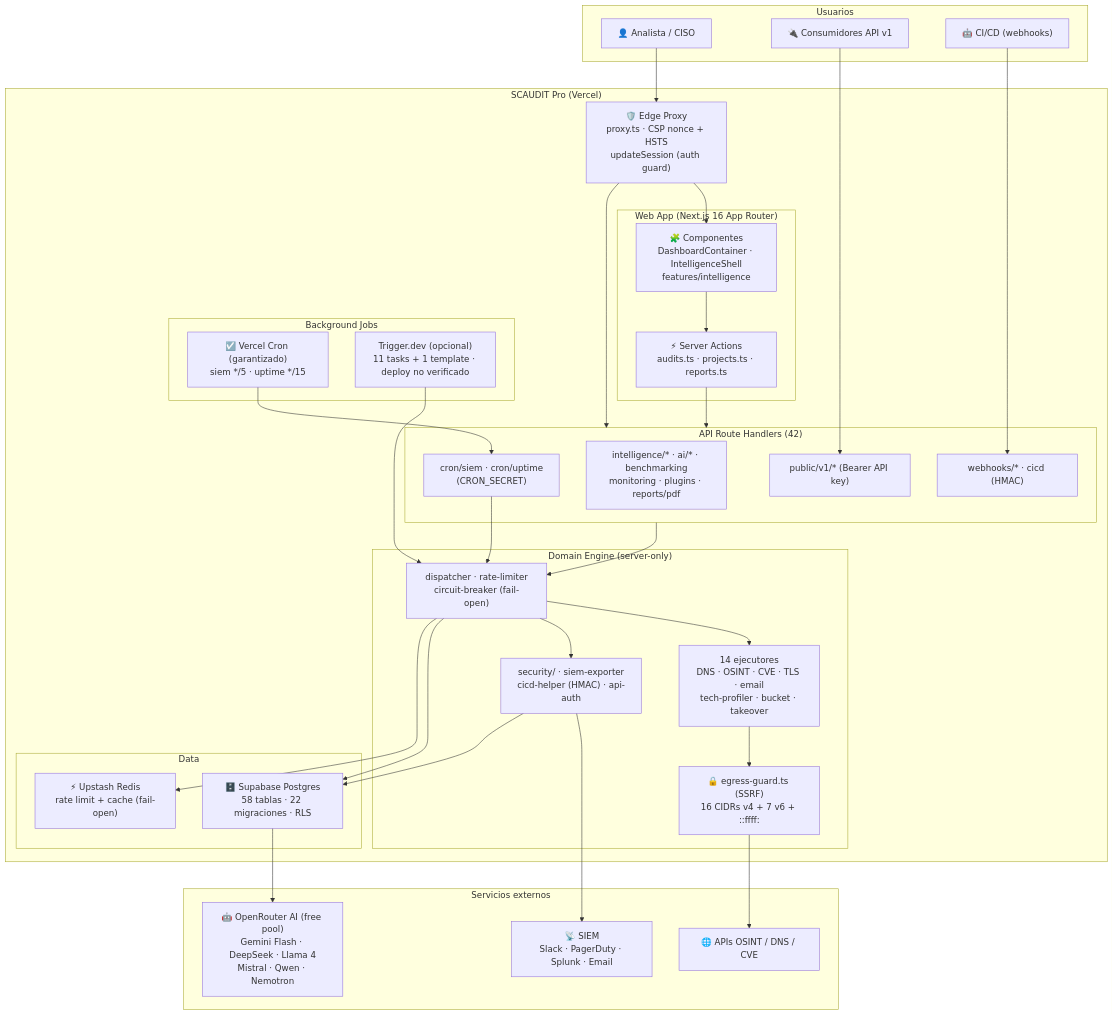
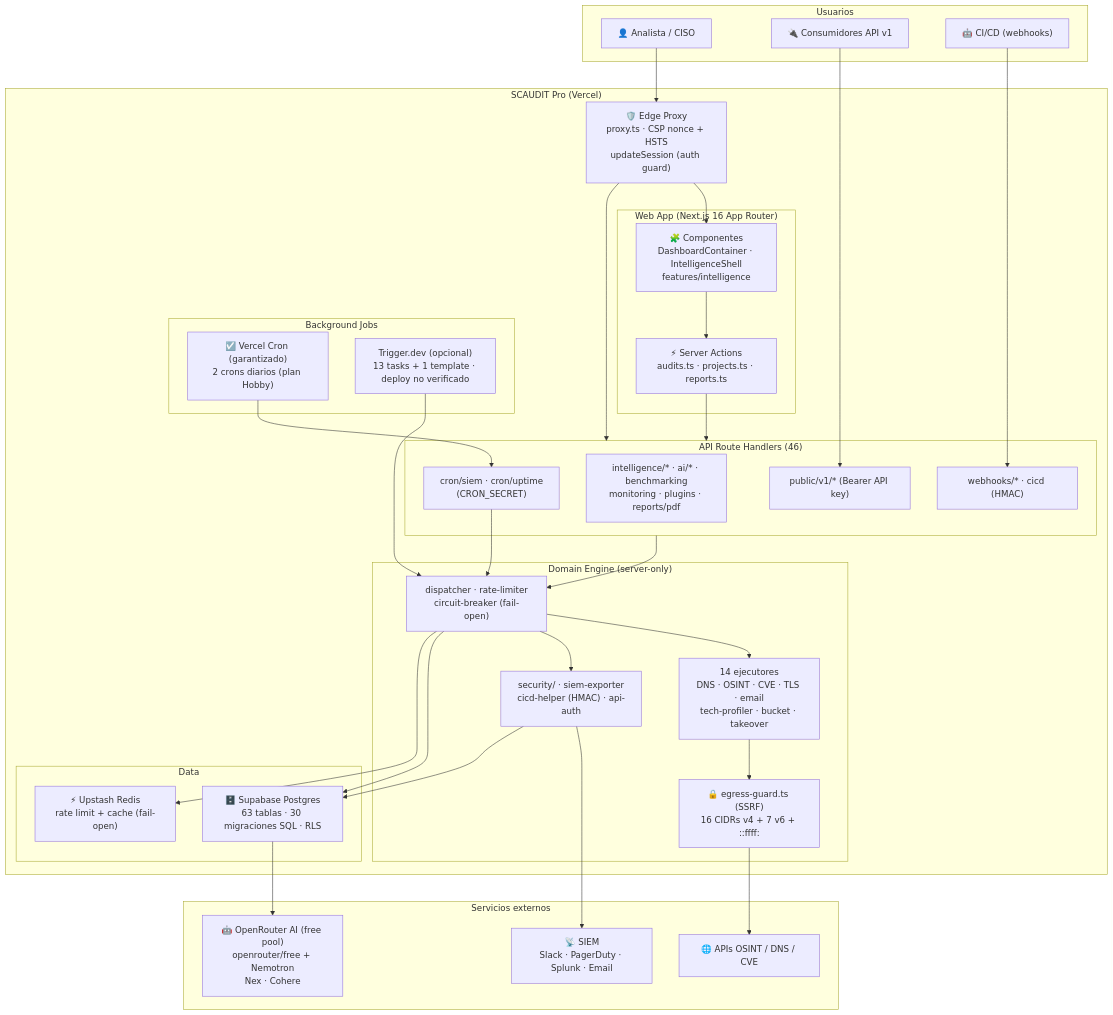
One commit to StrategicConnex/StrategicConnexAudit changed the first of 14 diagrams in README.md. Above: the diagram before and after it, drawn with Mermaid. The commit also changed other lines of this file and 4 other files, not shown here.

````diff
--- a/README.md
+++ b/README.md
@@ -213,68 +213,68 @@
 ```mermaid
 flowchart TB
     subgraph PERSONAS["Usuarios"]
         P1["👤 Analista / CISO"]
         P2["🔌 Consumidores API v1"]
         P3["🤖 CI/CD (webhooks)"]
     end
 
     subgraph SCAUDIT["SCAUDIT Pro (Vercel)"]
         EDGE["🛡️ Edge Proxy<br/>proxy.ts · CSP nonce + HSTS<br/>updateSession (auth guard)"]
 
         subgraph WEB["Web App (Next.js 16 App Router)"]
             UI["🧩 Componentes<br/>DashboardContainer · IntelligenceShell<br/>features/intelligence"]
             ACT["⚡ Server Actions<br/>audits.ts · projects.ts · reports.ts"]
         end
 
-        subgraph API["API Route Handlers (42)"]
+        subgraph API["API Route Handlers (46)"]
             API_IT["intelligence/* · ai/* · benchmarking<br/>monitoring · plugins · reports/pdf"]
             API_PUB["public/v1/* (Bearer API key)"]
             API_WEB["webhooks/* · cicd (HMAC)"]
             API_CRON["cron/siem · cron/uptime<br/>(CRON_SECRET)"]
         end
 
         subgraph DOMAIN["Domain Engine (server-only)"]
             CORE["dispatcher · rate-limiter<br/>circuit-breaker (fail-open)"]
             EXEC["14 ejecutores<br/>DNS · OSINT · CVE · TLS · email<br/>tech-profiler · bucket · takeover"]
             EG["🔒 egress-guard.ts (SSRF)<br/>16 CIDRs v4 + 7 v6 + ::ffff:"]
             SEC["security/ · siem-exporter<br/>cicd-helper (HMAC) · api-auth"]
         end
 
         subgraph JOBS["Background Jobs"]
-            VC["☑️ Vercel Cron (garantizado)<br/>siem */5 · uptime */15"]
-            TD["Trigger.dev (opcional)<br/>11 tasks + 1 template · deploy no verificado"]
+            VC["☑️ Vercel Cron (garantizado)<br/>2 crons diarios (plan Hobby)"]
+            TD["Trigger.dev (opcional)<br/>13 tasks + 1 template · deploy no verificado"]
         end
 
         subgraph DATA["Data"]
-            DB["🗄️ Supabase Postgres<br/>58 tablas · 22 migraciones · RLS"]
+            DB["🗄️ Supabase Postgres<br/>63 tablas · 30 migraciones SQL · RLS"]
             REDIS["⚡ Upstash Redis<br/>rate limit + cache (fail-open)"]
         end
     end
 
     subgraph EXT["Servicios externos"]
-        AI["🤖 OpenRouter AI (free pool)<br/>Gemini Flash · DeepSeek · Llama 4<br/>Mistral · Qwen · Nemotron"]
+        AI["🤖 OpenRouter AI (free pool)<br/>openrouter/free + Nemotron<br/>Nex · Cohere"]
         SIEM["📡 SIEM<br/>Slack · PagerDuty · Splunk · Email"]
         OSINT["🌐 APIs OSINT / DNS / CVE"]
     end
 
     P1 --> EDGE
     P2 --> API_PUB
     P3 --> API_WEB
     EDGE --> UI
     EDGE --> API
     UI --> ACT
     ACT --> API
     API --> CORE
     CORE --> EXEC
     EXEC --> EG
     EG --> OSINT
     CORE --> SEC
     SEC --> SIEM
     VC --> API_CRON
     API_CRON --> CORE
     TD --> CORE
     CORE --> DB
     CORE --> REDIS
     DB --> AI
     SEC --> DB
 ```
````
